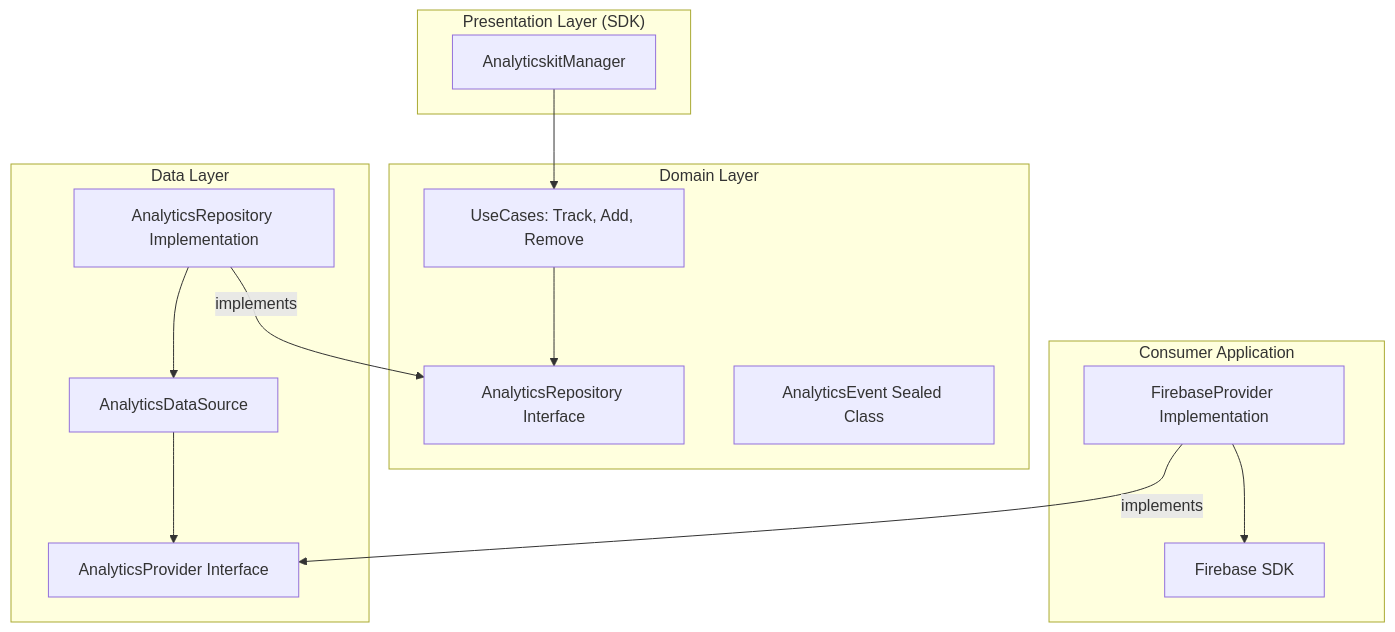
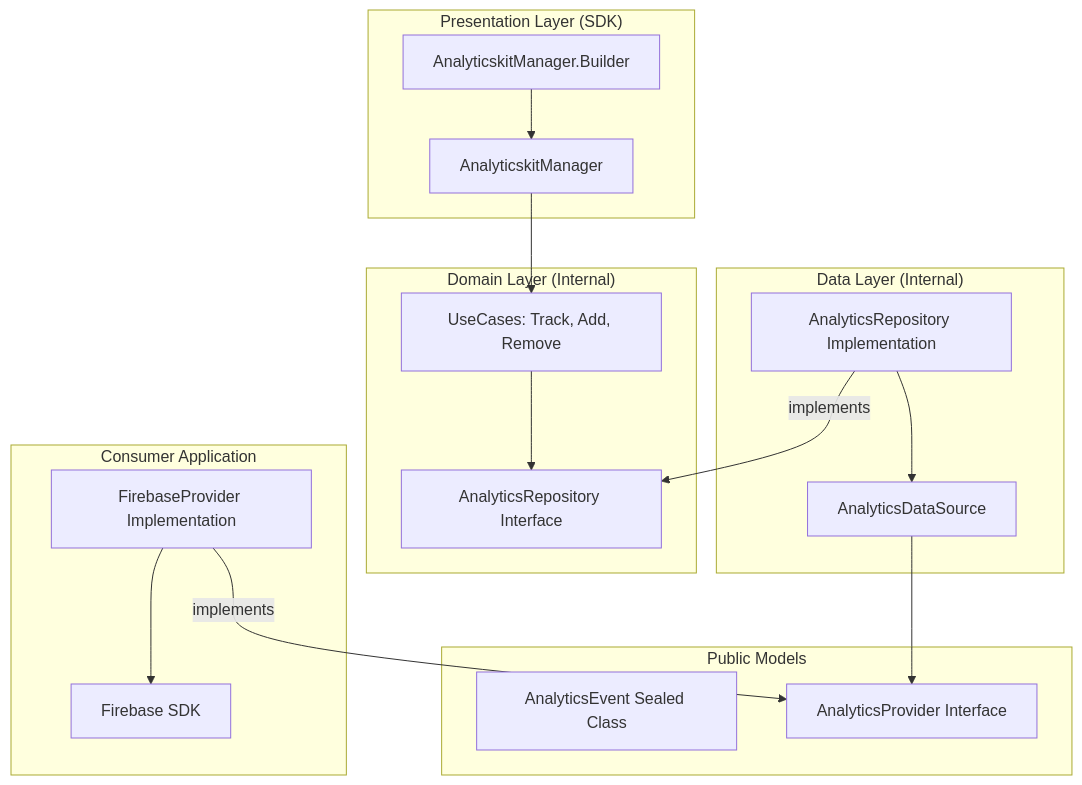
The diagram in README.md (joshluq/analyticskit-android), drawn with Mermaid before and after one commit. The commit also changed other lines of this file and 17 other files, not shown here.

First line of the commit message:
refactor AnalyticskitManager to use Builder pattern and replace Flow with Result in UseCases

````diff
--- a/README.md
+++ b/README.md
@@ -20,31 +20,36 @@
 ```mermaid
 graph TD
     subgraph "Presentation Layer (SDK)"
         M[AnalyticskitManager]
+        B[AnalyticskitManager.Builder]
     end
 
-    subgraph "Domain Layer"
+    subgraph "Domain Layer (Internal)"
         UC[UseCases: Track, Add, Remove]
         R[AnalyticsRepository Interface]
-        MOD[AnalyticsEvent Sealed Class]
     end
 
-    subgraph "Data Layer"
+    subgraph "Public Models"
+        MOD[AnalyticsEvent Sealed Class]
+        P[AnalyticsProvider Interface]
+    end
+
+    subgraph "Data Layer (Internal)"
         RepoImpl[AnalyticsRepository Implementation]
         DS[AnalyticsDataSource]
-        P[AnalyticsProvider Interface]
     end
 
     subgraph "Consumer Application"
         ImplP[FirebaseProvider Implementation]
         ExtLib[Firebase SDK]
     end
 
+    B --> M
     M --> UC
     UC --> R
     RepoImpl -- implements --> R
     RepoImpl --> DS
     DS --> P
     ImplP -- implements --> P
     ImplP --> ExtLib
 ```
````
